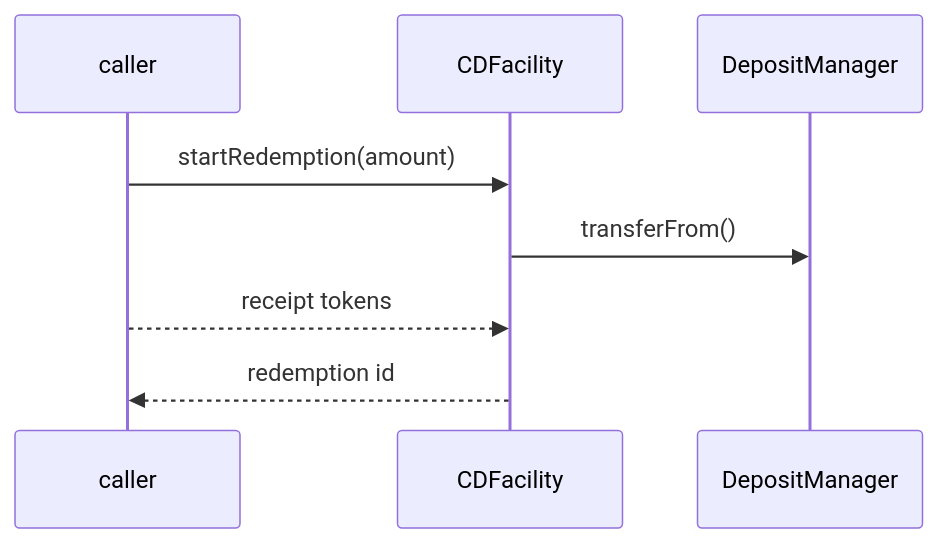
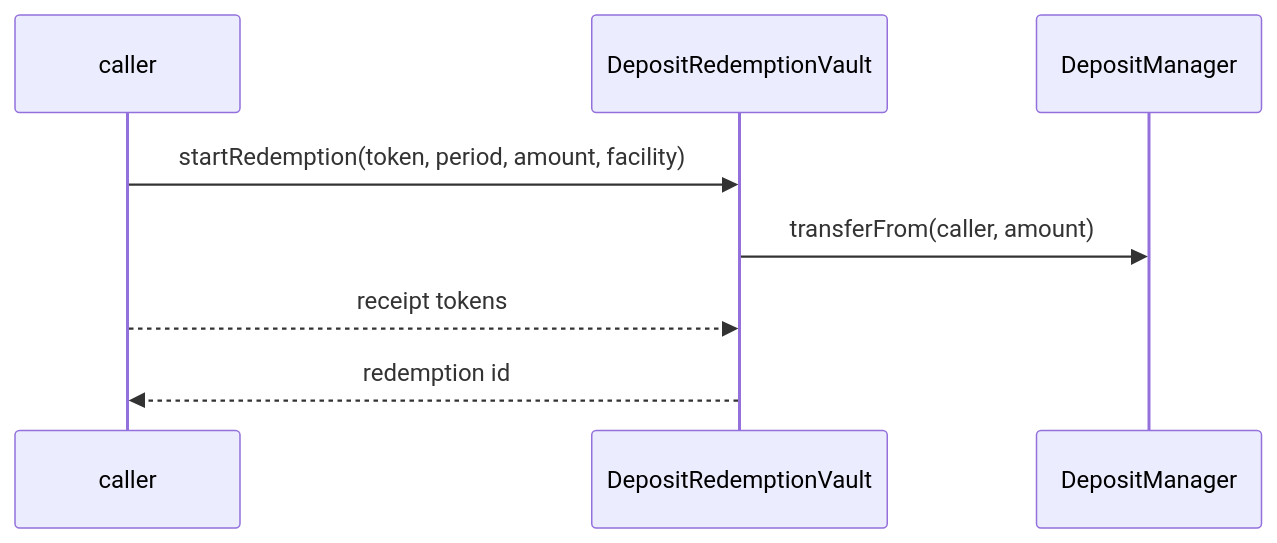
The sixth of 9 diagrams in audit/2025-01_convertible-deposits/README.md (OlympusDAO/olympus-v3), drawn with Mermaid before and after one commit. The commit also changed other lines of this file and 1 other file, not shown here.

````diff
--- a/audit/2025-01_convertible-deposits/README.md
+++ b/audit/2025-01_convertible-deposits/README.md
@@ -353,11 +366,11 @@
 ```mermaid
 sequenceDiagram
     participant caller
-    participant CDFacility
+    participant DepositRedemptionVault
     participant DepositManager
 
-    caller->>CDFacility: startRedemption(amount)
-    CDFacility->>DepositManager: transferFrom()
-    caller-->>CDFacility: receipt tokens
-    CDFacility-->>caller: redemption id
+    caller->>DepositRedemptionVault: startRedemption(token, period, amount, facility)
+    DepositRedemptionVault->>DepositManager: transferFrom(caller, amount)
+    caller-->>DepositRedemptionVault: receipt tokens
+    DepositRedemptionVault-->>caller: redemption id
 ```
````
